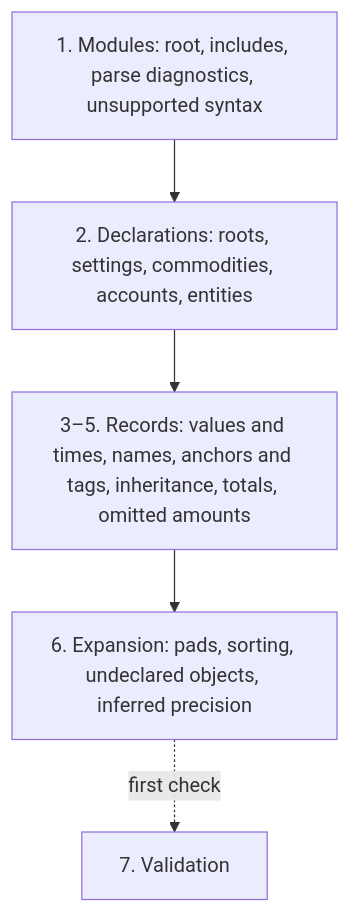
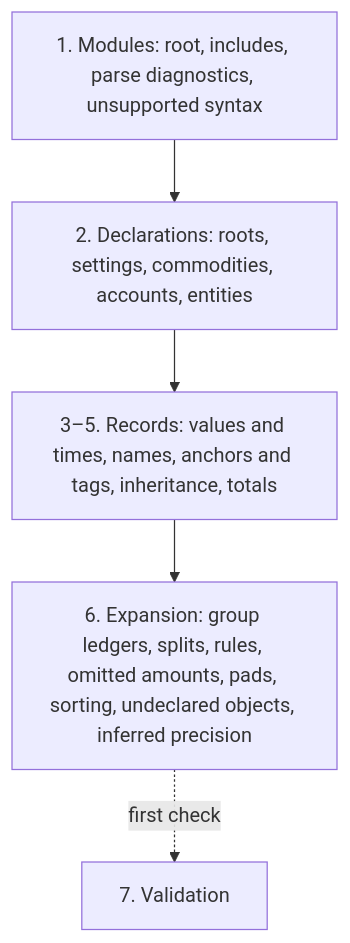
One commit to stellarator-studio/hueke changed the diagram in docs/core/ledger.md. Above: the diagram before and after it, drawn with Mermaid. The commit also changed other lines of this file and 18 other files, not shown here.

First line of the commit message:
Specify account settings, split and per-posting rules, group ledgers and valuation

````diff
--- a/docs/core/ledger.md
+++ b/docs/core/ledger.md
@@ -104,7 +106,7 @@
 ```mermaid
 flowchart TD
     m["1. Modules: root, includes, parse diagnostics, unsupported syntax"] --> d["2. Declarations: roots, settings, commodities, accounts, entities"]
-    d --> r["3–5. Records: values and times, names, anchors and tags, inheritance, totals, omitted amounts"]
-    r --> e["6. Expansion: pads, sorting, undeclared objects, inferred precision"]
+    d --> r["3–5. Records: values and times, names, anchors and tags, inheritance, totals"]
+    r --> e["6. Expansion: group ledgers, splits, rules, omitted amounts, pads, sorting, undeclared objects, inferred precision"]
     e -. first check .-> v["7. Validation"]
 ```
````
